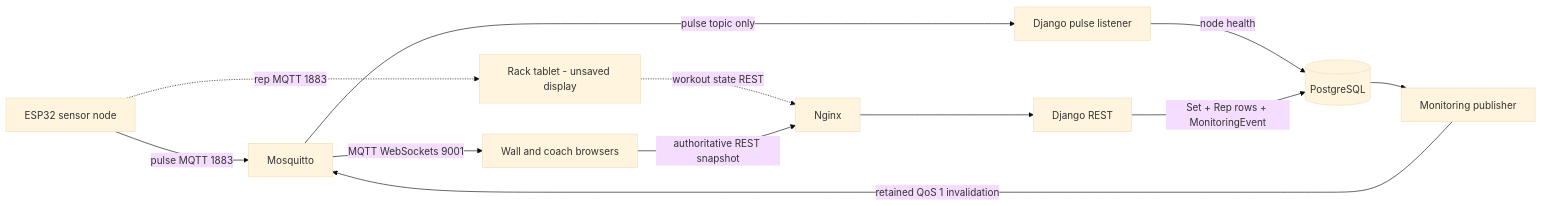
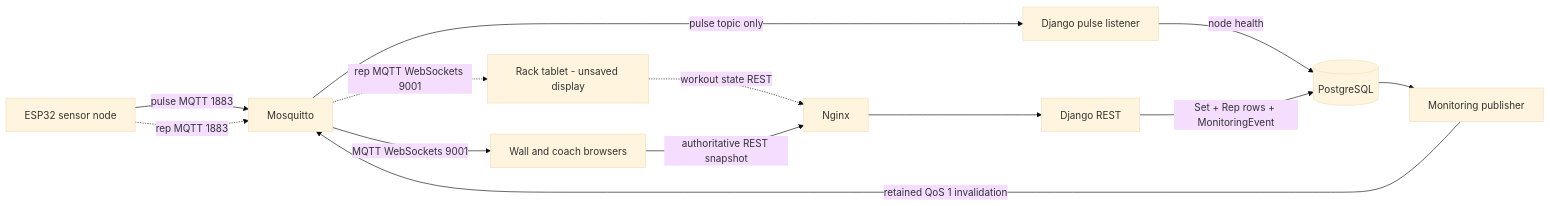
The diagram in RUNBOOK.md (carbolizer/Edge-Athlete), drawn with Mermaid (base theme) before and after one commit. The commit also changed other lines of this file and 50 other files, not shown here.

````diff
--- a/RUNBOOK.md
+++ b/RUNBOOK.md
@@ -305,16 +514,17 @@
 ```mermaid
 flowchart LR
     Node[ESP32 sensor node] -->|pulse MQTT 1883| MQTT[Mosquitto]
     MQTT -->|pulse topic only| Listener[Django pulse listener]
     Listener -->|node health| PG[(PostgreSQL)]
 
-    Node -.->|rep MQTT 1883| Rack[Rack tablet - unsaved display]
+    Node -.->|rep MQTT 1883| MQTT
+    MQTT -.->|rep MQTT WebSockets 9001| Rack[Rack tablet - unsaved display]
     Rack -.->|workout state REST| Nginx[Nginx]
     Nginx --> Django[Django REST]
     Django -->|Set + Rep rows + MonitoringEvent| PG
 
     PG --> Publisher[Monitoring publisher]
     Publisher -->|retained QoS 1 invalidation| MQTT
     MQTT -->|MQTT WebSockets 9001| Browsers[Wall and coach browsers]
     Browsers -->|authoritative REST snapshot| Nginx
 ```
````
